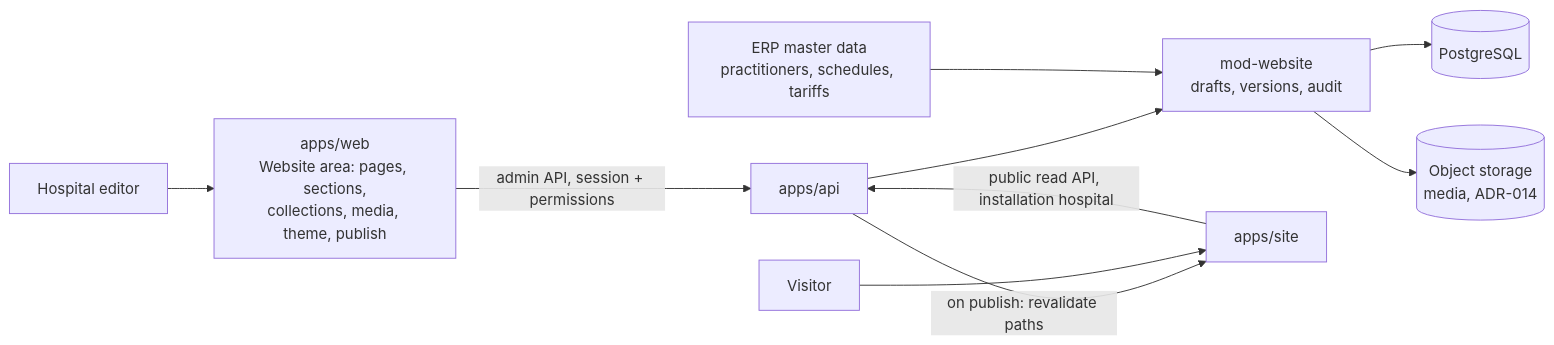
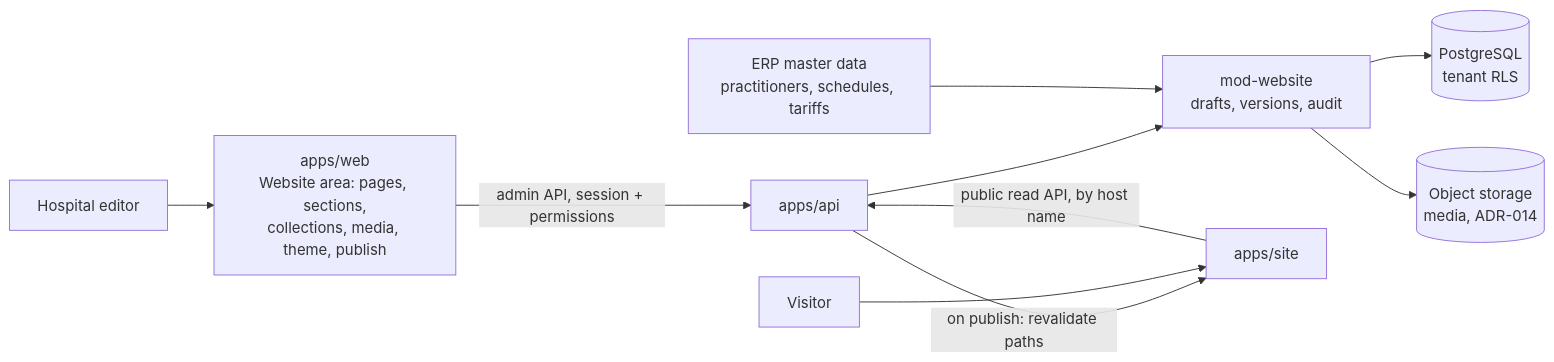
The second of 4 diagrams in docs/site-planning/D-system-design.md (NOMAN1802/HMS-SaaS), drawn with Mermaid before and after one commit. The commit also changed other lines of this file and 77 other files, not shown here.

````diff
--- a/docs/site-planning/D-system-design.md
+++ b/docs/site-planning/D-system-design.md
@@ -133,12 +139,12 @@
 ```mermaid
 flowchart LR
   ED[Hospital editor] --> WEB[apps/web<br/>Website area: pages, sections,<br/>collections, media, theme, publish]
   WEB -->|admin API, session + permissions| API[apps/api]
   API --> MOD[mod-website<br/>drafts, versions, audit]
-  MOD --> DB[(PostgreSQL)]
+  MOD --> DB[(PostgreSQL<br/>tenant RLS)]
   MOD --> OBJ[(Object storage<br/>media, ADR-014)]
   API -->|on publish: revalidate paths| SITE[apps/site]
   V[Visitor] --> SITE
-  SITE -->|public read API, installation hospital| API
+  SITE -->|public read API, by host name| API
   ERP[ERP master data<br/>practitioners, schedules, tariffs] --> MOD
 ```
````
